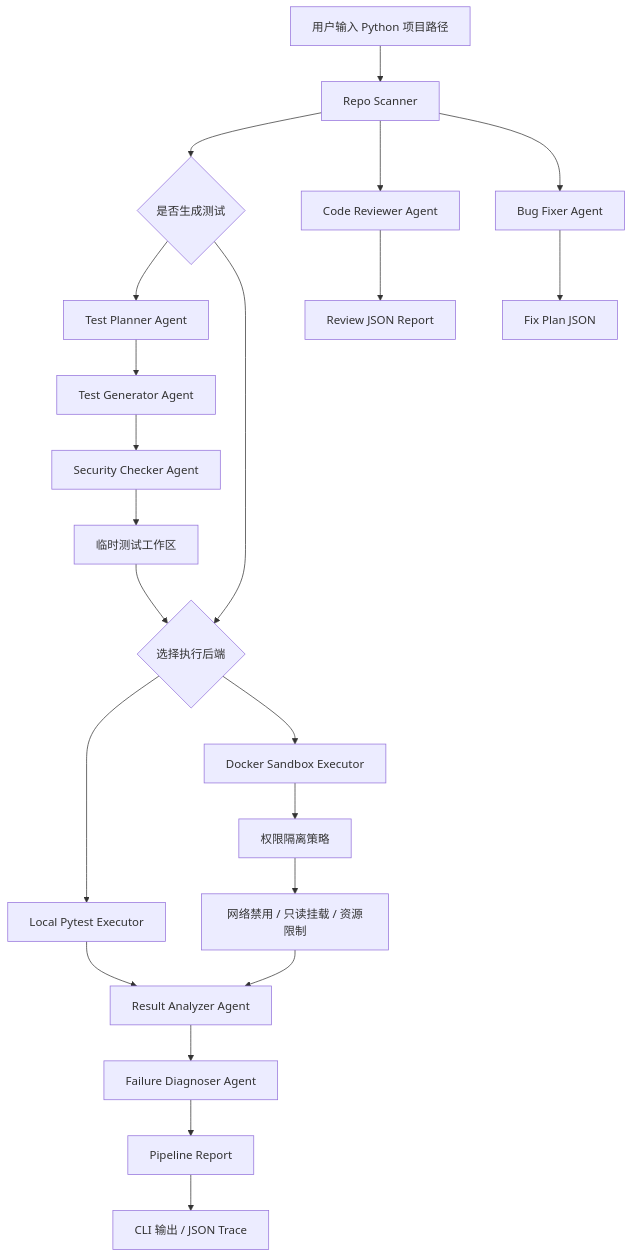
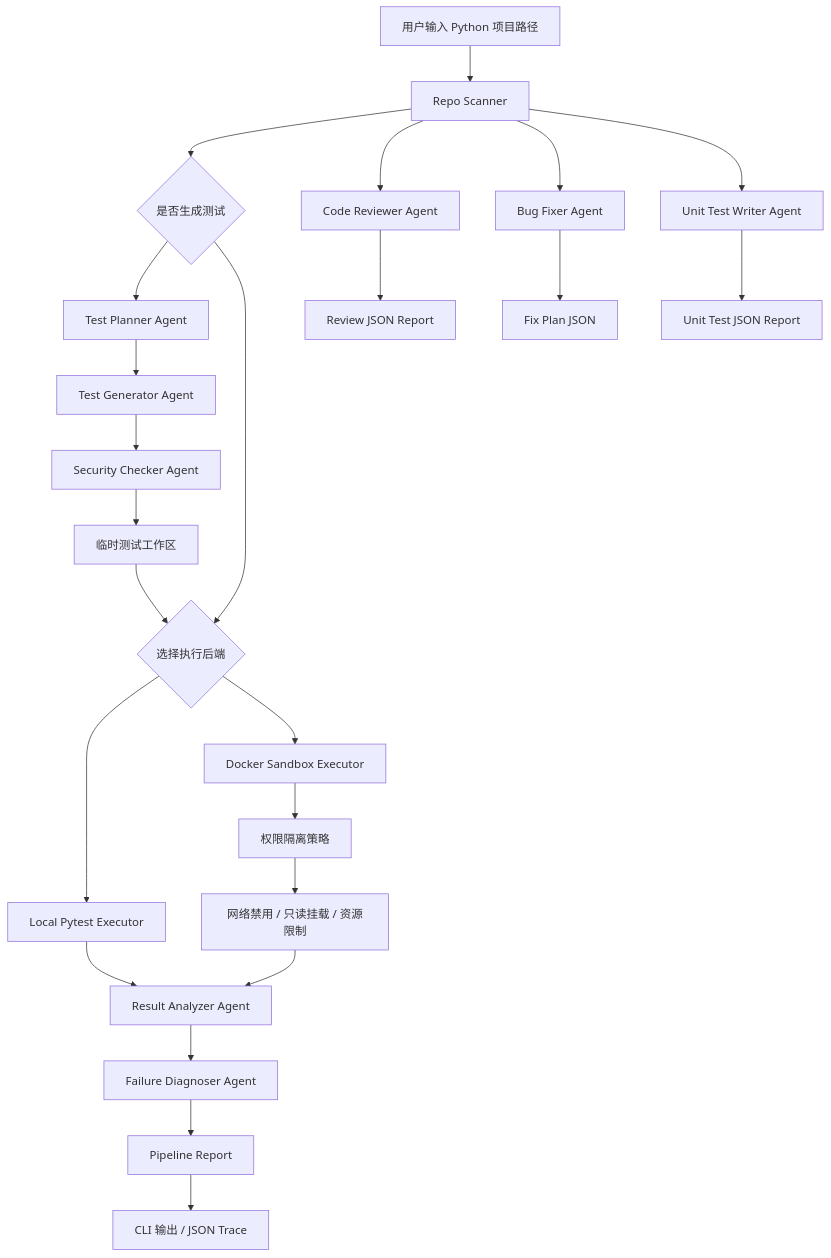
Before and after one commit to Isaacsen/cs599-project: the diagram in docs/CS599_大作业报告.md, drawn with Mermaid. The commit also changed other lines of this file and 12 other files, not shown here.

Commit message:
Add unit test writer agent

````diff
--- a/docs/CS599_大作业报告.md
+++ b/docs/CS599_大作业报告.md
@@ -109,24 +115,26 @@
 ```mermaid
 flowchart TD
     A["用户输入 Python 项目路径"] --> B["Repo Scanner"]
     B --> C{"是否生成测试"}
     C --> D["Test Planner Agent"]
     D --> E["Test Generator Agent"]
     E --> P["Security Checker Agent"]
     P --> N["临时测试工作区"]
     C --> F{"选择执行后端"}
     N --> F
     F --> G["Local Pytest Executor"]
     F --> H["Docker Sandbox Executor"]
     H --> I["权限隔离策略"]
     I --> J["网络禁用 / 只读挂载 / 资源限制"]
     G --> K["Result Analyzer Agent"]
     J --> K
     K --> O["Failure Diagnoser Agent"]
     O --> L["Pipeline Report"]
     L --> M["CLI 输出 / JSON Trace"]
     B --> Q["Code Reviewer Agent"]
     Q --> R["Review JSON Report"]
     B --> S["Bug Fixer Agent"]
     S --> T["Fix Plan JSON"]
+    B --> U["Unit Test Writer Agent"]
+    U --> V["Unit Test JSON Report"]
 ```
````
